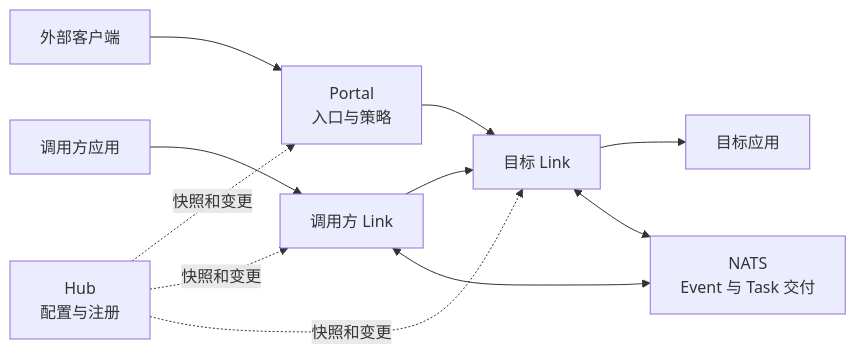
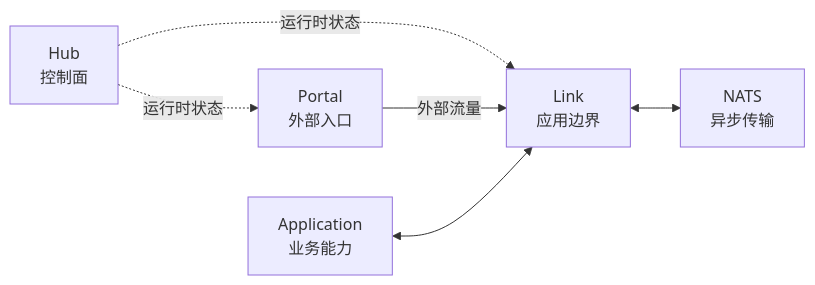
Before and after one commit to yorun-ai/vine-site: the third of 5 diagrams in i18n/zh-CN/docusaurus-plugin-content-docs/current/runtime/mechanisms.md, drawn with Mermaid. The commit also changed other lines of this file and 6 other files, not shown here.

````diff
--- a/i18n/zh-CN/docusaurus-plugin-content-docs/current/runtime/mechanisms.md
+++ b/i18n/zh-CN/docusaurus-plugin-content-docs/current/runtime/mechanisms.md
@@ -105,14 +107,8 @@
 ```mermaid
 flowchart LR
-  External["外部客户端"] --> Portal["Portal<br/>入口与策略"]
-  Caller["调用方应用"] --> CallerLink["调用方 Link"]
-  Portal --> TargetLink["目标 Link"]
-  CallerLink --> TargetLink
-  TargetLink --> Target["目标应用"]
-
-  Hub["Hub<br/>配置与注册"] -. 快照和变更 .-> Portal
-  Hub -. 快照和变更 .-> CallerLink
-  Hub -. 快照和变更 .-> TargetLink
-  CallerLink <--> NATS["NATS<br/>Event 与 Task 交付"]
-  TargetLink <--> NATS
+  Hub["Hub<br/>控制面"] -. 运行时状态 .-> Portal["Portal<br/>外部入口"]
+  Hub -. 运行时状态 .-> Link["Link<br/>应用边界"]
+  Portal -->|外部流量| Link
+  App["Application<br/>业务能力"] <--> Link
+  Link <--> NATS["NATS<br/>异步传输"]
 ```
````
